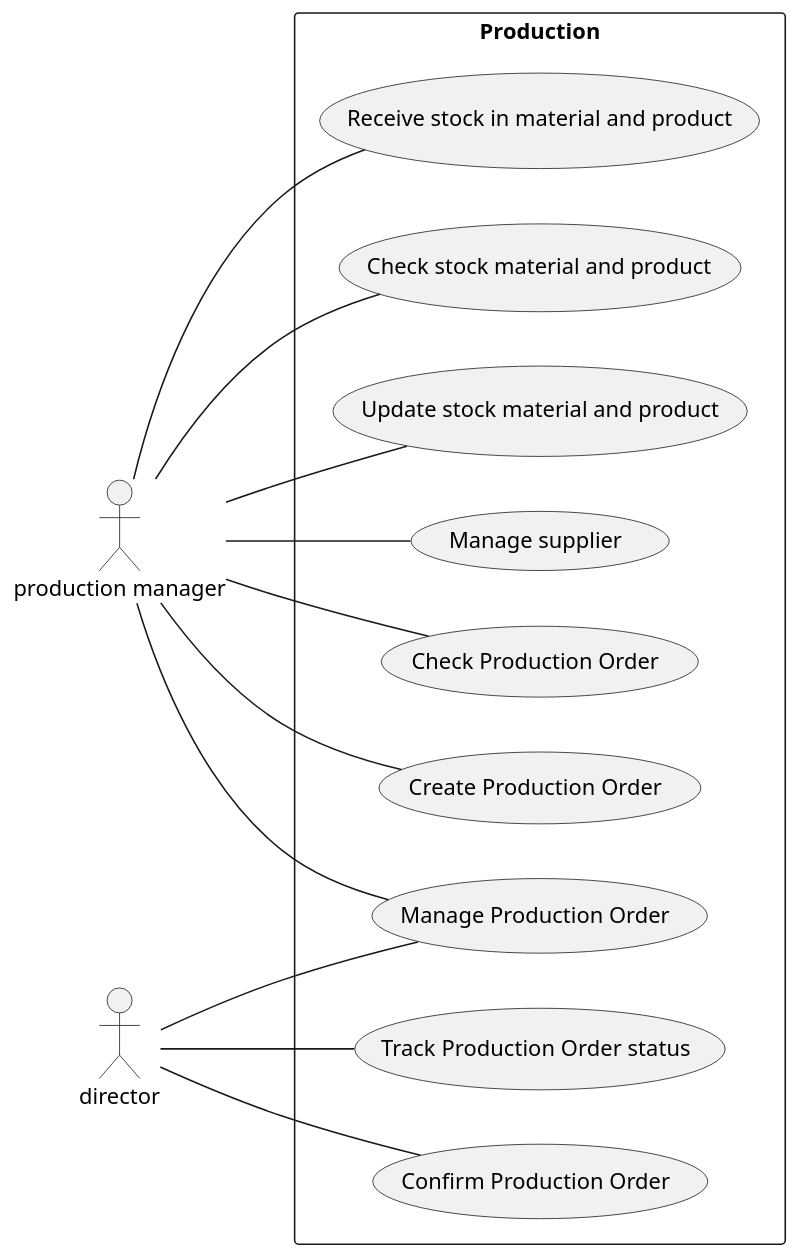
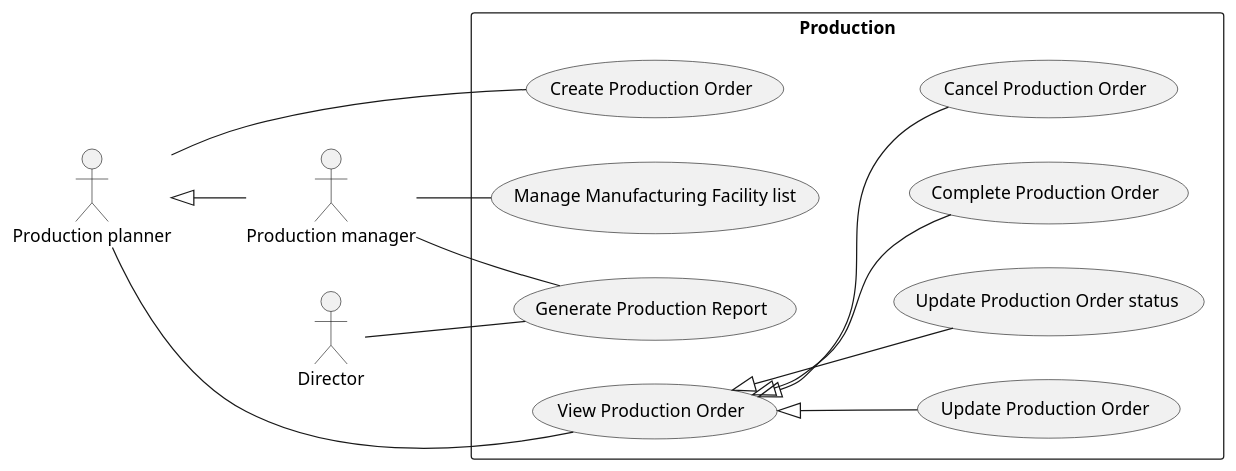
Before and after one commit to phihungha/scmss-reqs: the diagram in use-cases/Production.plantuml, drawn with PlantUML. The commit also changed 9 other files, not shown here.

```diff
--- a/use-cases/Production.plantuml
+++ b/use-cases/Production.plantuml
@@ -1,34 +1,22 @@
 @startuml sample
+left to right direction
 
-left to right direction
-scale 1000 width
-scale 1000 height
+:Production planner: as pp
+:Production manager: as pm
+pp <|-- pm
 
-actor "production planner" as pm
-actor "production manager" as pm
-actor "director" as di
+:Director: as d
 
 rectangle Production {
-  usecase "Track Production Order status" as UC0
-  usecase "Manage Production Order" as UC1
-  usecase "Manage supplier" as UC2
-  usecase "Check Production Order" as UC3
-  usecase "Create Production Order" as UC4
-  usecase "Confirm Production Order" as UC5
-  usecase "Receive stock in material and product" as UC6
-  usecase "Check stock material and product" as UC7
-  usecase "Update stock material and product" as UC8
-  }
-di -- UC0
-di -- UC1
-di -- UC5
-pm -- UC1
-pm -- UC2
-pm -- UC3
-pm -- UC4
-pm -- UC6
-pm -- UC7
-pm -- UC8
+  pp -- (View Production Order)
+  pp -- (Create Production Order)
+  (View Production Order) <|-- (Update Production Order)
+  (View Production Order) <|-- (Update Production Order status)
+  (View Production Order) <|-- (Complete Production Order)
+  (View Production Order) <|-- (Cancel Production Order)
 
-
+  pm -- (Manage Manufacturing Facility list)
+  pm -- (Generate Production Report)
+  d -- (Generate Production Report)
+}
 @enduml
```
